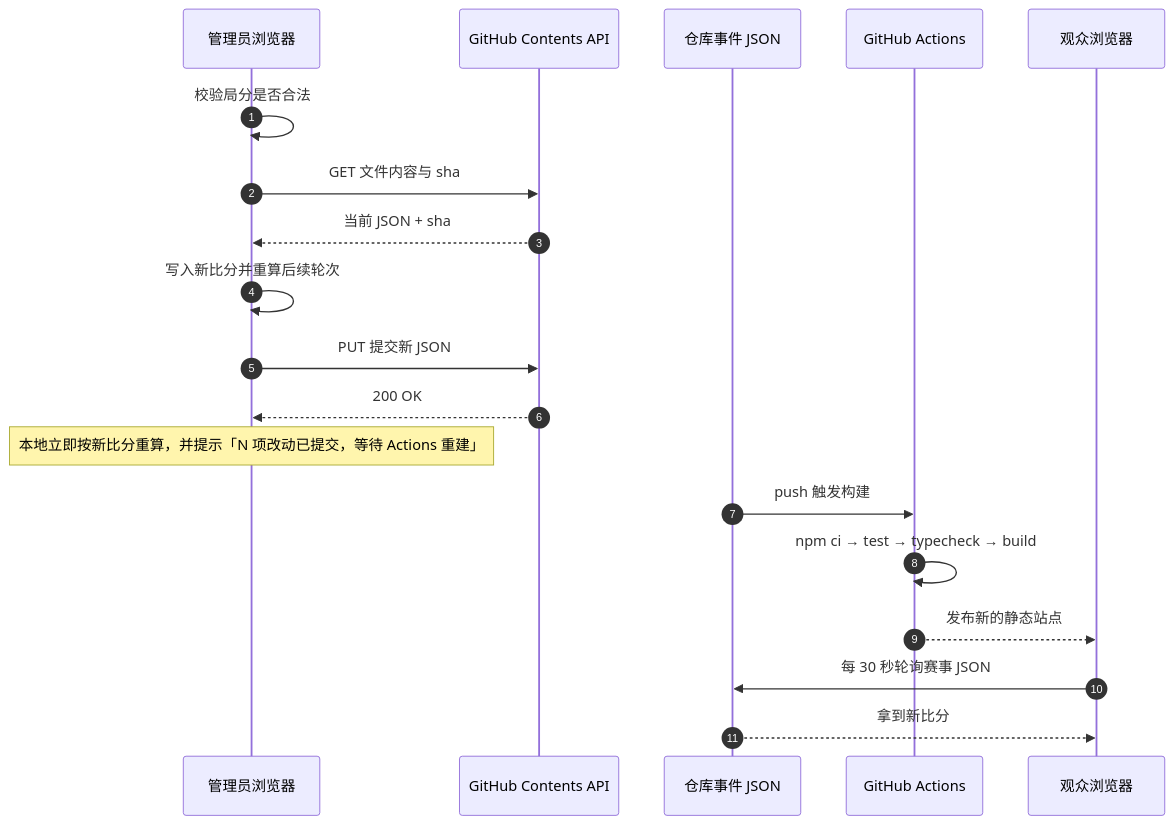
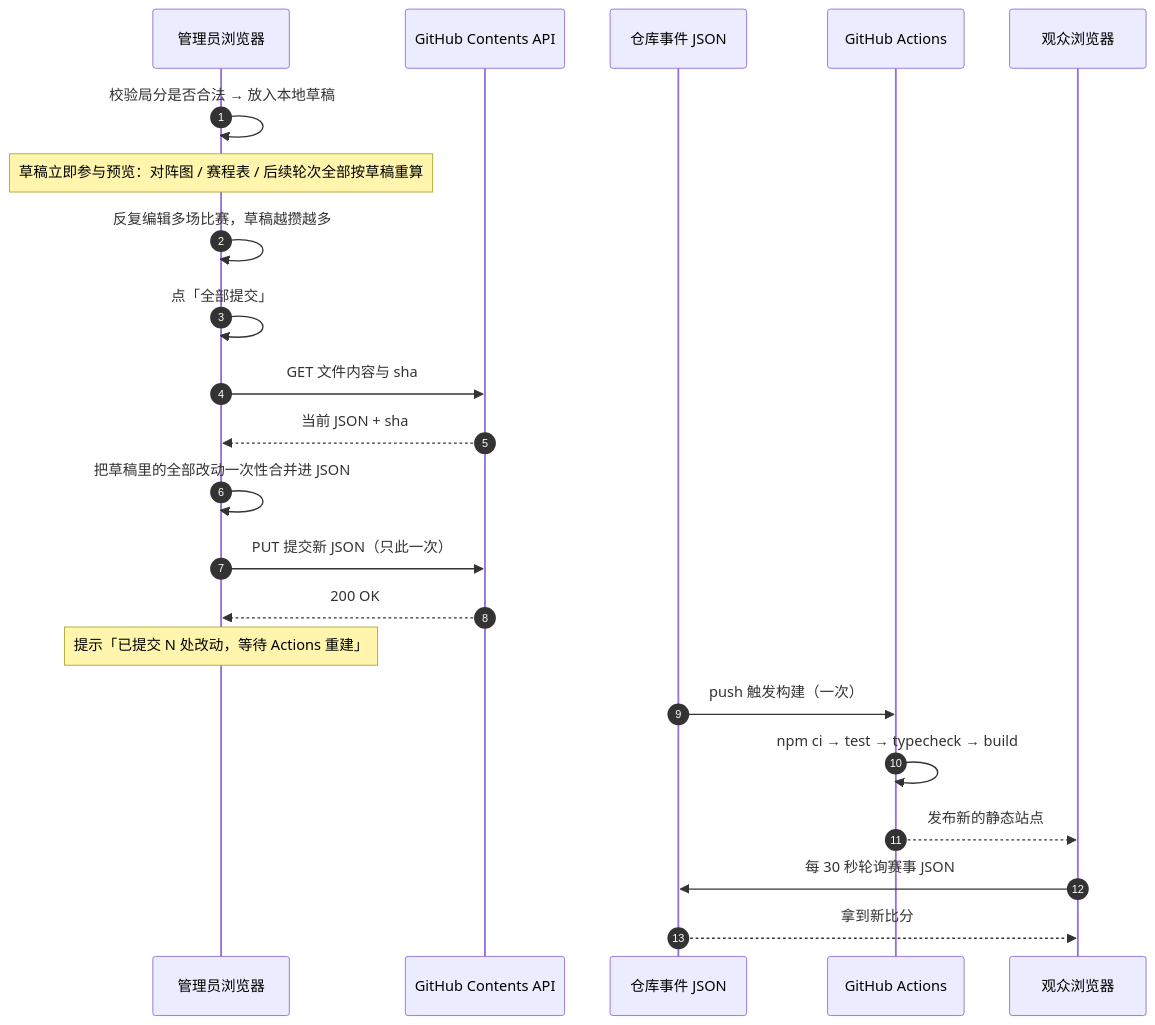
The second of 5 diagrams in README.md (Structuretxwd/Match-Schedule), drawn with Mermaid before and after one commit. The commit also changed other lines of this file and 5 other files, not shown here.

````diff
--- a/README.md
+++ b/README.md
@@ -114,22 +119,25 @@
 ```mermaid
 sequenceDiagram
     autonumber
     participant M as 管理员浏览器
     participant G as GitHub Contents API
     participant R as 仓库事件 JSON
     participant A as GitHub Actions
     participant V as 观众浏览器
 
-    M->>M: 校验局分是否合法
+    M->>M: 校验局分是否合法 → 放入本地草稿
+    Note over M: 草稿立即参与预览：对阵图 / 赛程表 / 后续轮次全部按草稿重算
+    M->>M: 反复编辑多场比赛，草稿越攒越多
+    M->>M: 点「全部提交」
     M->>G: GET 文件内容与 sha
     G-->>M: 当前 JSON + sha
-    M->>M: 写入新比分并重算后续轮次
-    M->>G: PUT 提交新 JSON
+    M->>M: 把草稿里的全部改动一次性合并进 JSON
+    M->>G: PUT 提交新 JSON（只此一次）
     G-->>M: 200 OK
-    Note over M: 本地立即按新比分重算，并提示「N 项改动已提交，等待 Actions 重建」
-    R->>A: push 触发构建
+    Note over M: 提示「已提交 N 处改动，等待 Actions 重建」
+    R->>A: push 触发构建（一次）
     A->>A: npm ci → test → typecheck → build
     A-->>V: 发布新的静态站点
     V->>R: 每 30 秒轮询赛事 JSON
     R-->>V: 拿到新比分
 ```
````
